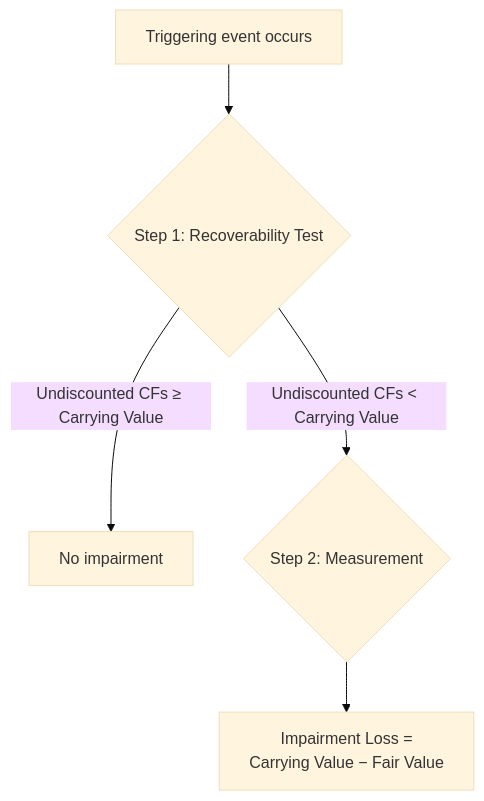
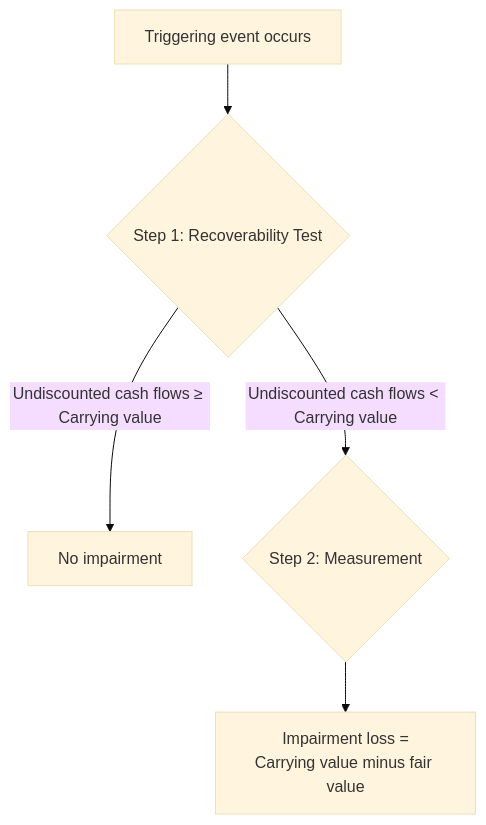
Before and after one commit to subwaymatch/cpabear-book: the diagram in docs/far/assets/property-plant-and-equipment.md, drawn with Mermaid (base theme). The commit also changed other lines of this file and 222 other files, not shown here.

````diff
--- a/docs/far/assets/property-plant-and-equipment.md
+++ b/docs/far/assets/property-plant-and-equipment.md
@@ -292,7 +312,7 @@
 ```mermaid
 graph TD
     A[Triggering event occurs] --> B{Step 1: Recoverability Test}
-    B -->|Undiscounted CFs ≥ Carrying Value| C[No impairment]
-    B -->|Undiscounted CFs < Carrying Value| D{Step 2: Measurement}
-    D --> E[Impairment Loss =<br/>Carrying Value − Fair Value]
+    B -->|Undiscounted cash flows ≥ Carrying value| C[No impairment]
+    B -->|Undiscounted cash flows < Carrying value| D{Step 2: Measurement}
+    D --> E[Impairment loss =<br/>Carrying value minus fair value]
 ```
````
